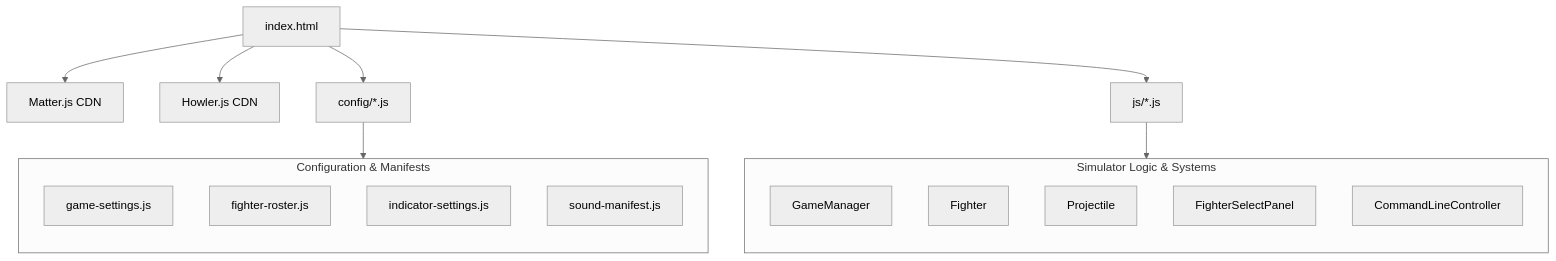
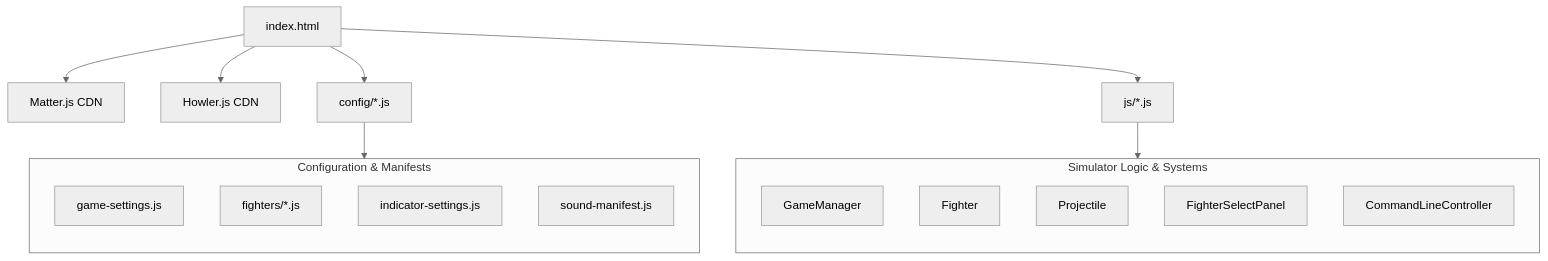
One commit to noxuszx/duels2d changed the diagram in docs/current-architecture.md. Above: the diagram before and after it, drawn with Mermaid (neutral theme). The commit also changed other lines of this file and 14 other files, not shown here.

````diff
--- a/docs/current-architecture.md
+++ b/docs/current-architecture.md
@@ -13,26 +13,26 @@
 ```mermaid
 graph TD
     index[index.html] --> Matter[Matter.js CDN]
     index --> Howler[Howler.js CDN]
     index --> Configs[config/*.js]
     index --> JS[js/*.js]
     
     subgraph config [Configuration & Manifests]
         direction TB
         game_cfg[game-settings.js]
-        char_cfg[fighter-roster.js]
+        char_cfg[fighters/*.js]
         ind_cfg[indicator-settings.js]
         sounds_cfg[sound-manifest.js]
     end
     Configs --> config
     
     subgraph js [Simulator Logic & Systems]
         direction TB
         GM[GameManager]
         C[Fighter]
         P[Projectile]
         CS[FighterSelectPanel]
         CL[CommandLineController]
     end
     JS --> js
 ```
````
